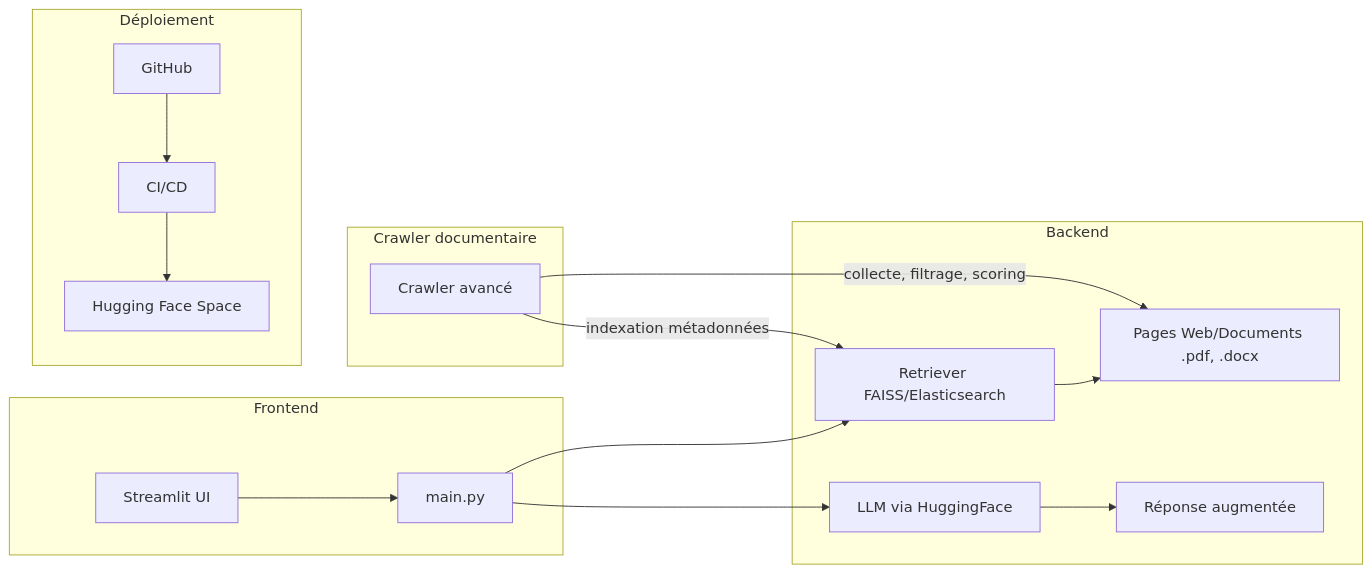
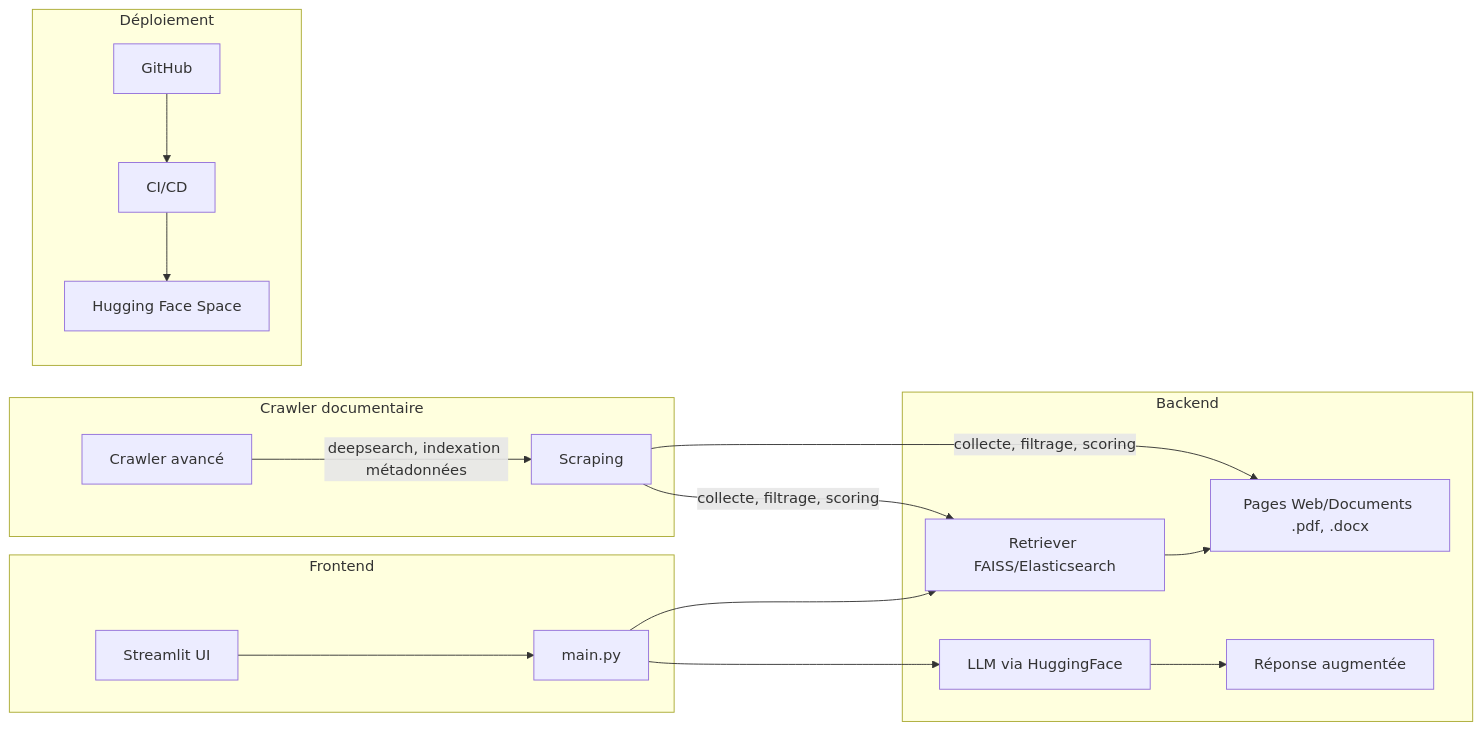
The diagram in README.md (armelsoubeiga/agroRAG), drawn with Mermaid before and after one commit.

Commit message:
Commit-080620251302

````diff
--- a/README.md
+++ b/README.md
@@ -18,23 +18,23 @@
 ```mermaid
 graph LR
     subgraph Frontend
         A[Streamlit UI] --> B[main.py]
     end
 
     subgraph Backend
         B --> C[Retriever FAISS/Elasticsearch]
         C --> D[Pages Web/Documents .pdf, .docx]
         B --> E[LLM via HuggingFace]
         E --> F[Réponse augmentée]
     end
 
     subgraph "Crawler documentaire"
-        J[Crawler avancé] -- collecte, filtrage, scoring --> D
-        J -- indexation métadonnées --> C
+        J[Crawler avancé] -- deepsearch, indexation métadonnées --> K[Scraping]
+        K -- collecte, filtrage, scoring --> C & D
     end
 
     subgraph Déploiement
         G[GitHub] --> H[CI/CD]
         H --> I[Hugging Face Space]
     end
 ```
````
